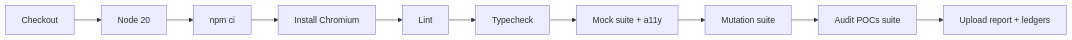
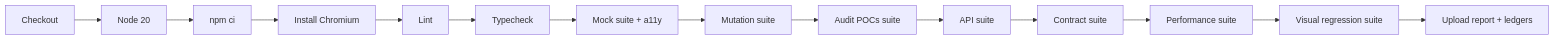
One commit to criguex/civica-playwright-challenge changed the fifth of 5 diagrams in README.md. Above: the diagram before and after it, drawn with Mermaid. The commit also changed other lines of this file and 21 other files, not shown here.

First line of the commit message:
feat: add API, contract, performance budget and visual regression suites

````diff
--- a/README.md
+++ b/README.md
@@ -476,12 +534,16 @@
 ```mermaid
 flowchart LR
   A[Checkout] --> B[Node 20]
   B --> C[npm ci]
   C --> D[Install Chromium]
   D --> E[Lint]
   E --> F[Typecheck]
   F --> G[Mock suite + a11y]
   G --> H[Mutation suite]
   H --> I[Audit POCs suite]
-  I --> J[Upload report + ledgers]
+  I --> K[API suite]
+  K --> L[Contract suite]
+  L --> M[Performance suite]
+  M --> N[Visual regression suite]
+  N --> J[Upload report + ledgers]
 ```
````
